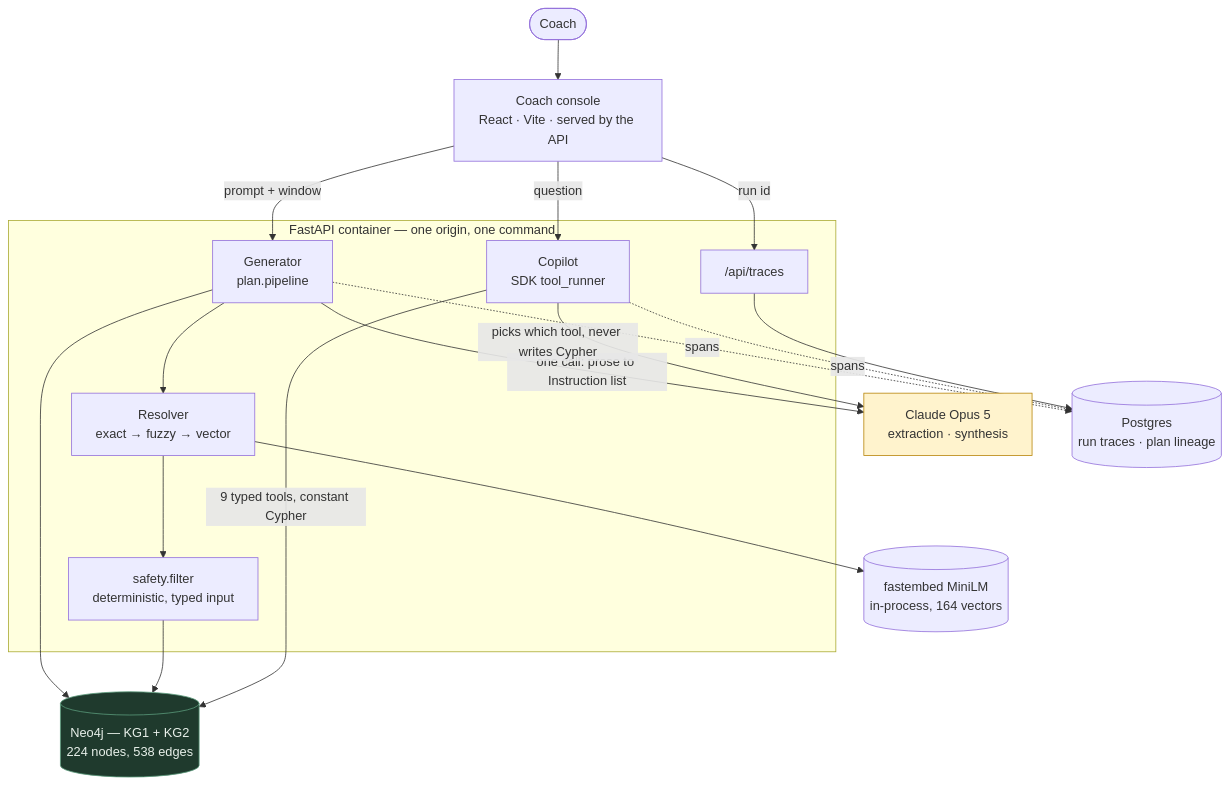
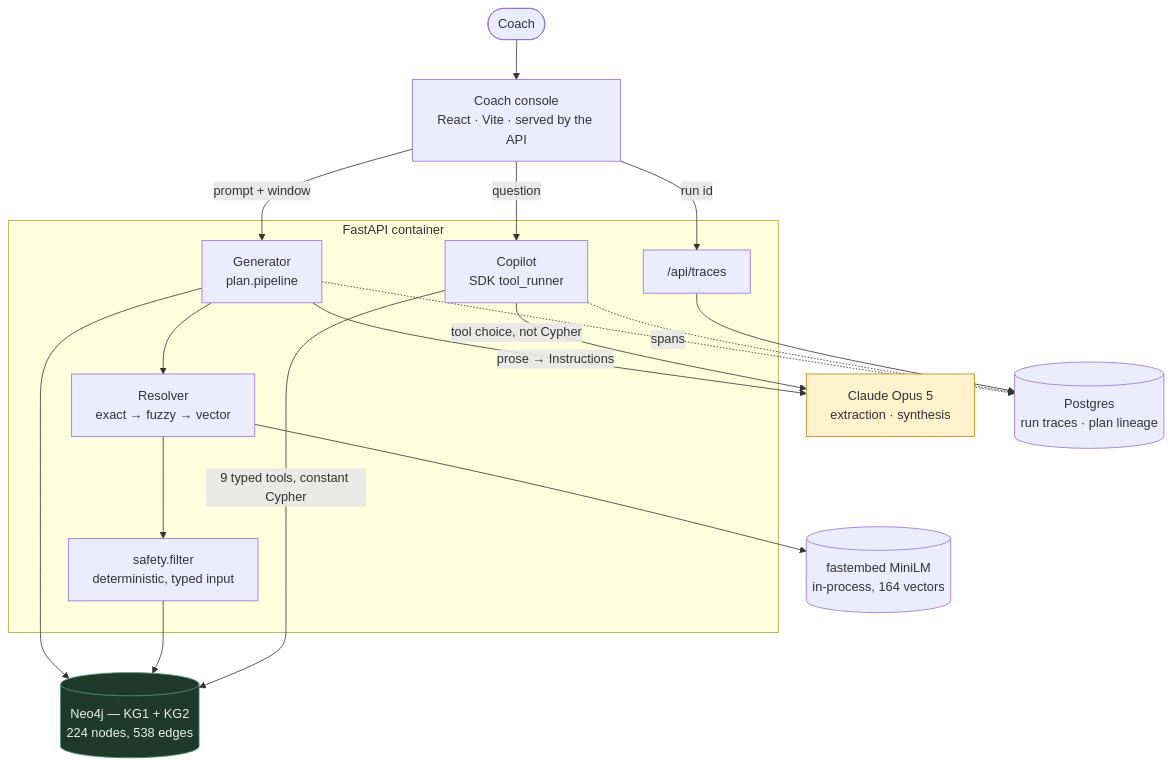
One commit to Josie29/futureco changed the diagram in README.md. Above: the diagram before and after it, drawn with Mermaid.

Commit message:
Shorten the architecture diagram labels so they stop colliding
Four long edge labels landed in the same horizontal band, since both
Claude and Postgres sit right of the subgraph and mermaid drops labels
at edge midpoints with no collision avoidance.

- Shorten the two Gen/Cop edge labels into the model node
- Drop the duplicate "spans" label; the dotted edge already reads as tracing
- Shorten the subgraph title, which the "question" edge struck through

The dropped wording is all still in the prose under the diagram.

````diff
--- a/README.md
+++ b/README.md
@@ -9,38 +9,38 @@
 ```mermaid
 flowchart TB
   Coach([Coach])
   Console["Coach console<br/>React · Vite · served by the API"]
 
-  subgraph API["FastAPI container — one origin, one command"]
+  subgraph API["FastAPI container"]
     Gen["Generator<br/>plan.pipeline"]
     Cop["Copilot<br/>SDK tool_runner"]
     Traces["/api/traces"]
     Resolve["Resolver<br/>exact → fuzzy → vector"]
     Filter["safety.filter<br/>deterministic, typed input"]
   end
 
   LLM["Claude Opus 5<br/>extraction · synthesis"]
   Emb[("fastembed MiniLM<br/>in-process, 164 vectors")]
   Neo[("Neo4j — KG1 + KG2<br/>224 nodes, 538 edges")]
   PG[("Postgres<br/>run traces · plan lineage")]
 
   Coach --> Console
   Console -->|prompt + window| Gen
   Console -->|question| Cop
   Console -->|run id| Traces
 
-  Gen -->|"one call: prose to Instruction list"| LLM
+  Gen -->|"prose → Instructions"| LLM
   Gen --> Resolve
   Gen --> Neo
   Resolve --> Emb
   Resolve --> Filter
   Filter --> Neo
-  Cop -->|"picks which tool, never writes Cypher"| LLM
+  Cop -->|"tool choice, not Cypher"| LLM
   Cop -->|"9 typed tools, constant Cypher"| Neo
   Gen -.->|spans| PG
-  Cop -.->|spans| PG
+  Cop -.-> PG
   Traces --> PG
 
   style LLM fill:#fff3cd,stroke:#b8860b
   style Neo fill:#1f3a2d,stroke:#5a9a7a,color:#e8f0ea
 ```
````
